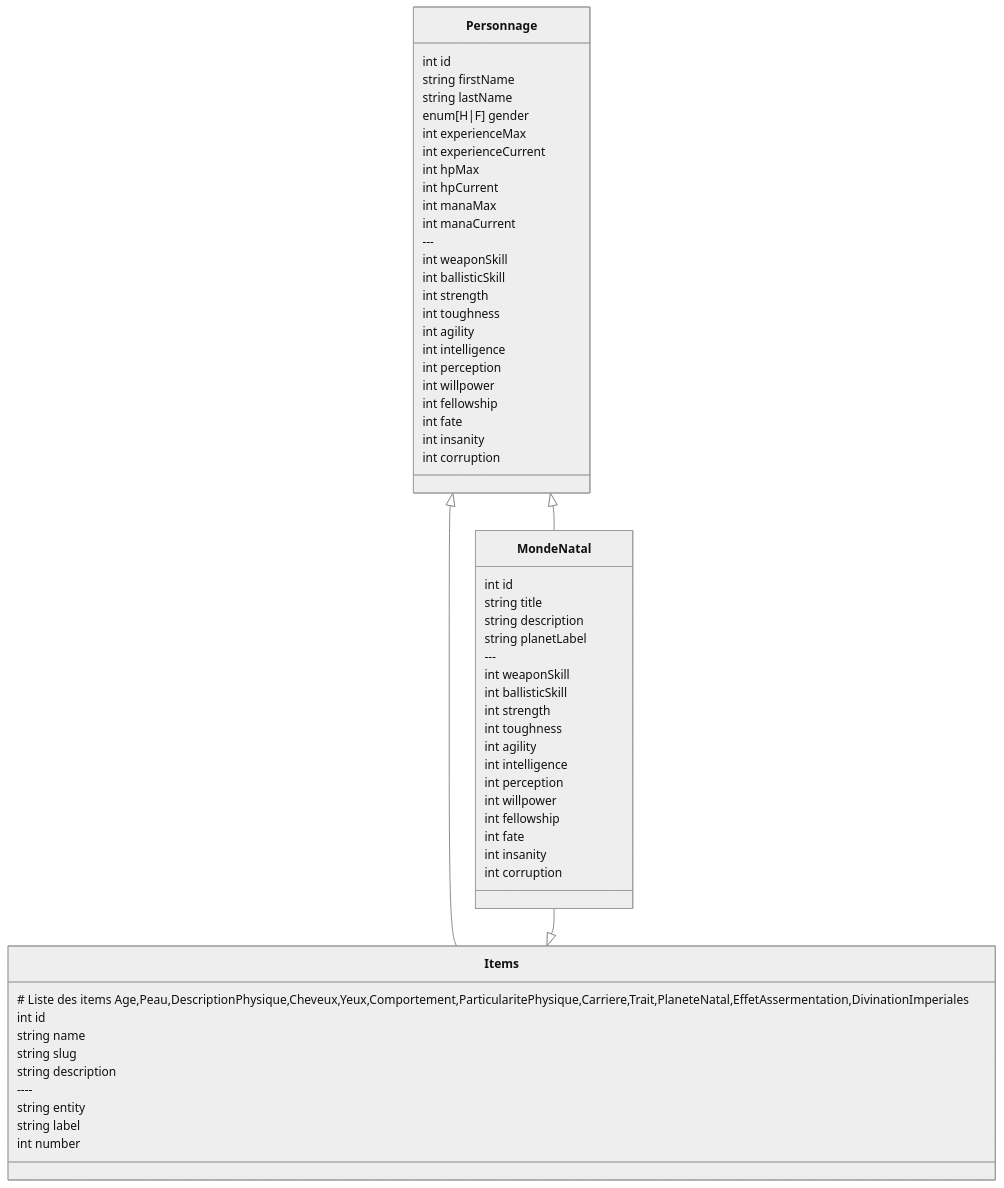
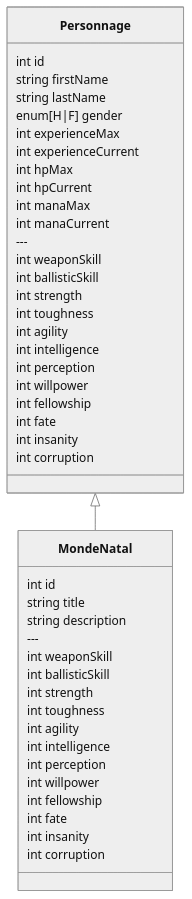
Before and after one commit to angelshurikan/w40k: the diagram in architecture.md, drawn with Mermaid (neutral theme). The commit also changed other lines of this file and 2 other files, not shown here.

Commit message:
✨ Mise à jour du modèle de données et ajout de la feuille d'item pour le type 'mondeNatal'

`````diff
--- a/architecture.md
+++ b/architecture.md
@@ -14,64 +13,49 @@
 ```mermaid
 classDiagram
     class Personnage {
       int id
       string firstName
       string lastName
       enum[H|F] gender
       int experienceMax
       int experienceCurrent
       int hpMax
       int hpCurrent
       int manaMax
       int manaCurrent
       ---
       int weaponSkill
       int ballisticSkill
       int strength
       int toughness
       int agility
       int intelligence
       int perception
       int willpower
       int fellowship
       int fate
       int insanity
       int corruption
     }
     class MondeNatal {
       int id
       string title
       string description
-      string planetLabel
       ---
       int weaponSkill
       int ballisticSkill
       int strength
       int toughness
       int agility
       int intelligence
       int perception
       int willpower
       int fellowship
       int fate
       int insanity
       int corruption
     }
 
-    class Items {
-        # Liste des items Age,Peau,DescriptionPhysique,Cheveux,Yeux,Comportement,ParticularitePhysique,Carriere,Trait,PlaneteNatal,EffetAssermentation,DivinationImperiales
-      int id
-      string name
-      string slug
-      string description
-      ----
-      string entity
-      string label
-      int number
-    }
-
     %% MondeNatal définit les valeurs de base (copiées) des caractéristiques du Personnage
     Personnage <|-- MondeNatal
-    Personnage <|-- Items
-    MondeNatal --|> Items
 ````
`````
